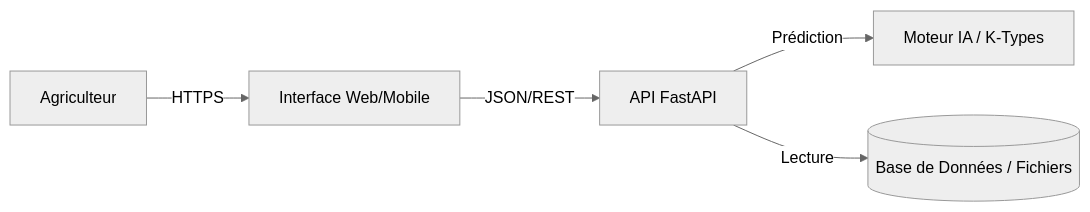
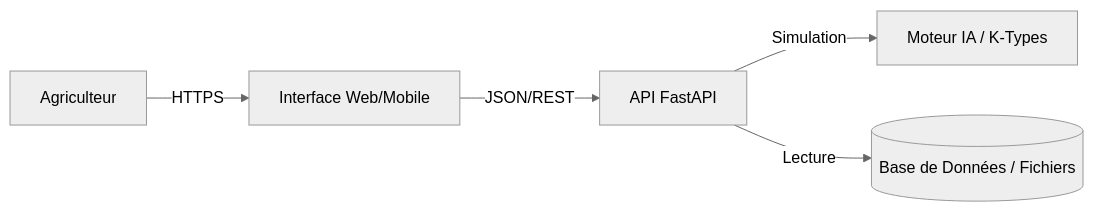
The diagram in explain.md (franklin-labs/EDA-Et-Structuration-Hackathon-GAIA), drawn with Mermaid (neutral theme) before and after one commit. The commit also changed other lines of this file and 3 other files, not shown here.

````diff
--- a/explain.md
+++ b/explain.md
@@ -9,7 +9,7 @@
 ```mermaid
 graph LR
     User[Agriculteur] -- HTTPS --> Frontend[Interface Web/Mobile]
     Frontend -- JSON/REST --> Backend[API FastAPI]
-    Backend -- Prédiction --> ML[Moteur IA / K-Types]
+    Backend -- Simulation --> ML[Moteur IA / K-Types]
     Backend -- Lecture --> DB[(Base de Données / Fichiers)]
 ```
````
